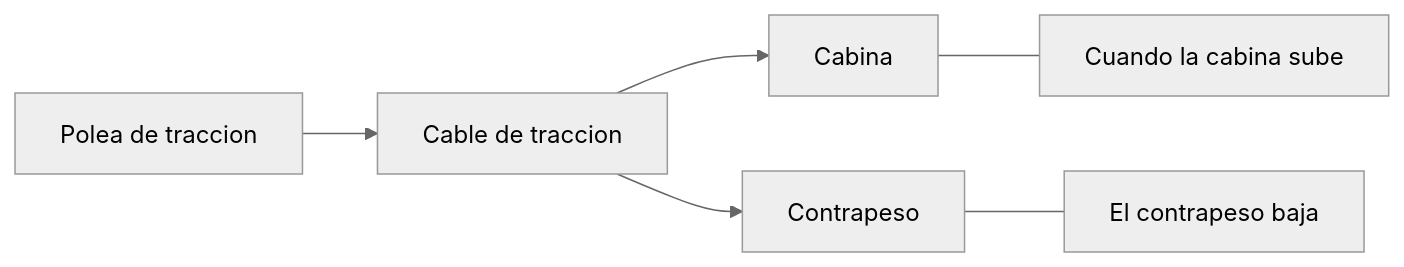
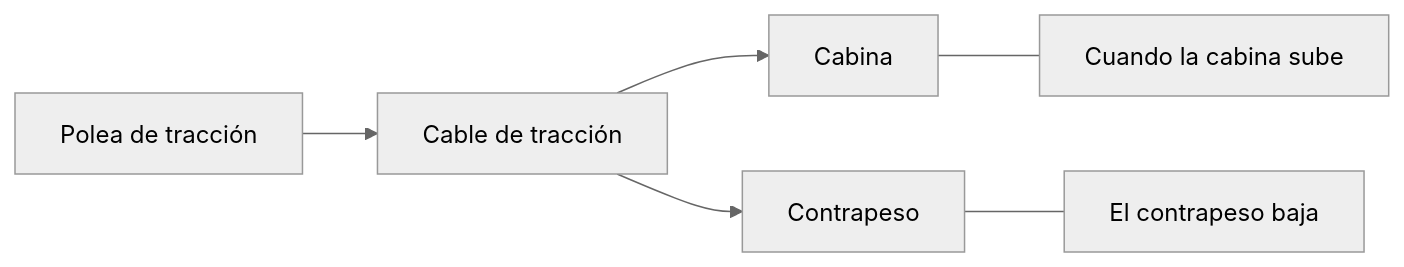
One commit to vladimiracunadev-create/machine-operator-program changed the second of 3 diagrams in vehiculos/ascensores/operacion/sistemas-mecanicos-ascensor.md. Above: the diagram before and after it, drawn with Mermaid (neutral theme). The commit also changed other lines of this file and 442 other files, not shown here.

````diff
--- a/vehiculos/ascensores/operacion/sistemas-mecanicos-ascensor.md
+++ b/vehiculos/ascensores/operacion/sistemas-mecanicos-ascensor.md
@@ -33,8 +33,8 @@
 ```mermaid
 flowchart LR
-    Polea[Polea de traccion] --> Cable[Cable de traccion]
+    Polea[Polea de tracción] --> Cable[Cable de tracción]
     Cable --> Cabina[Cabina]
     Cable --> Contrapeso[Contrapeso]
     Cabina --- Sube[Cuando la cabina sube]
     Contrapeso --- Baja[El contrapeso baja]
 ```
````
